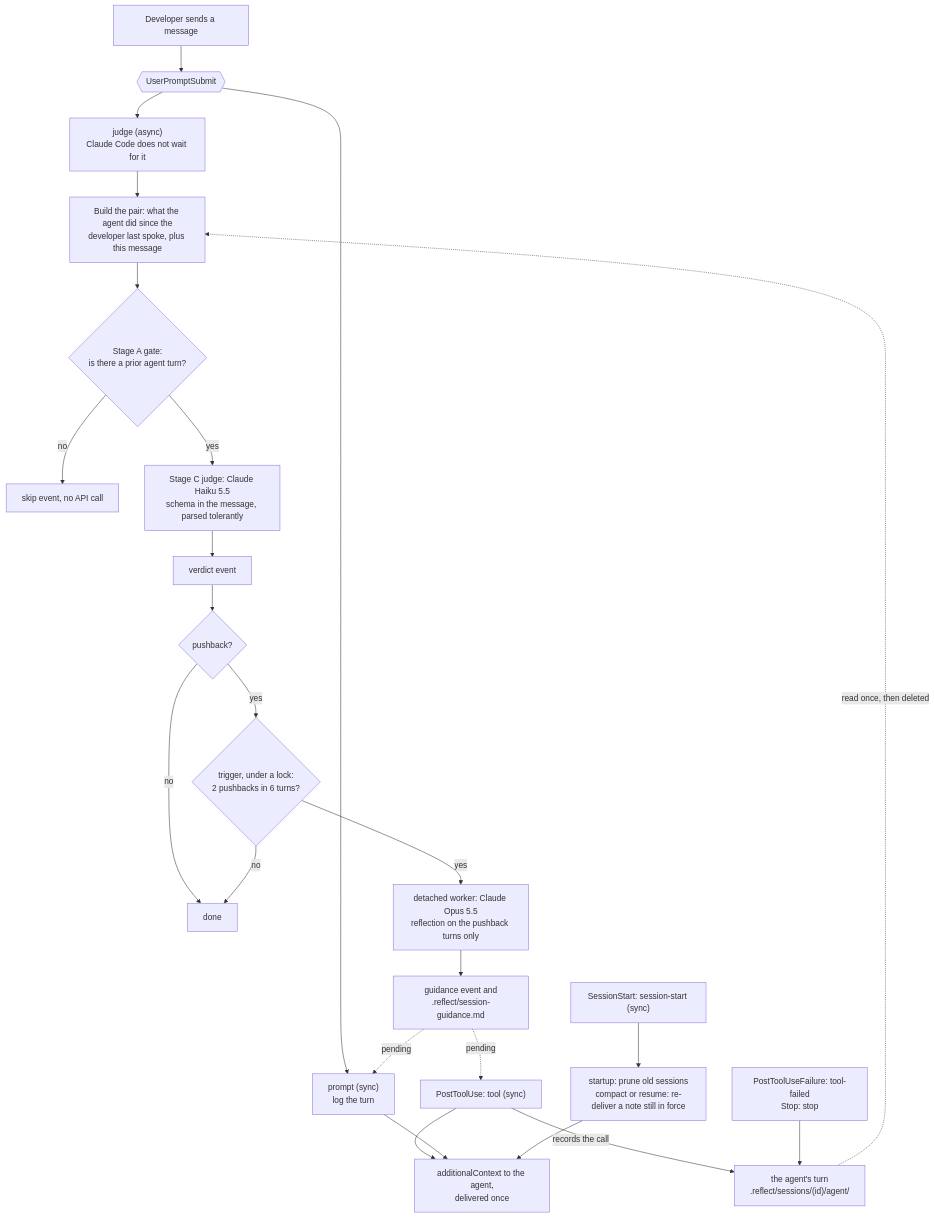
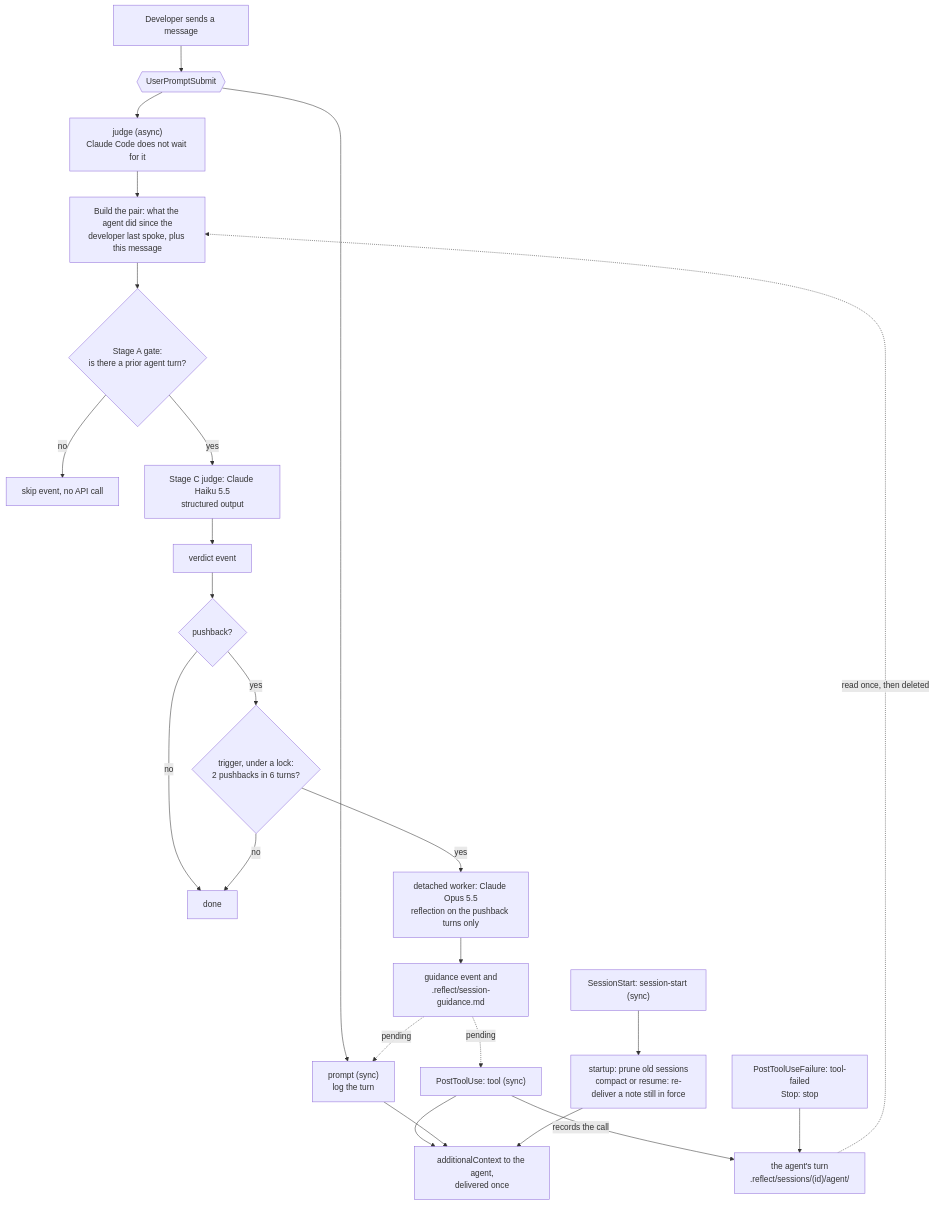
Before and after one commit to chanjoongx/reflect: the second of 2 diagrams in ARCHITECTURE.md, drawn with Mermaid. The commit also changed other lines of this file and 13 other files, not shown here.

First line of the commit message:
release(0.4.1): the npm command's judge goes back to structured output

````diff
--- a/ARCHITECTURE.md
+++ b/ARCHITECTURE.md
@@ -74,26 +74,26 @@
 ```mermaid
 flowchart TD
     M["Developer sends a message"] --> UPS{{"UserPromptSubmit"}}
     UPS --> PR["prompt (sync)<br/>log the turn"]
     UPS --> J["judge (async)<br/>Claude Code does not wait for it"]
     J --> PAIR["Build the pair: what the agent did since the<br/>developer last spoke, plus this message"]
     PAIR --> GATE{"Stage A gate:<br/>is there a prior agent turn?"}
     GATE -- no --> SKIP["skip event, no API call"]
-    GATE -- yes --> JUDGE["Stage C judge: Claude Haiku 5.5<br/>schema in the message, parsed tolerantly"]
+    GATE -- yes --> JUDGE["Stage C judge: Claude Haiku 5.5<br/>structured output"]
     JUDGE --> V["verdict event"]
     V --> PB{"pushback?"}
     PB -- no --> DONE["done"]
     PB -- yes --> ACC{"trigger, under a lock:<br/>2 pushbacks in 6 turns?"}
     ACC -- no --> DONE
     ACC -- yes --> REF["detached worker: Claude Opus 5.5<br/>reflection on the pushback turns only"]
     REF --> G["guidance event and<br/>.reflect/session-guidance.md"]
     G -. pending .-> T["PostToolUse: tool (sync)"]
     G -. pending .-> PR
     T -- records the call --> AT["the agent's turn<br/>.reflect/sessions/(id)/agent/"]
     TF["PostToolUseFailure: tool-failed<br/>Stop: stop"] --> AT
     AT -. read once, then deleted .-> PAIR
     T --> CTX["additionalContext to the agent,<br/>delivered once"]
     PR --> CTX
     SS["SessionStart: session-start (sync)"] --> SS2["startup: prune old sessions<br/>compact or resume: re-deliver a note still in force"]
     SS2 --> CTX
 ```
````
